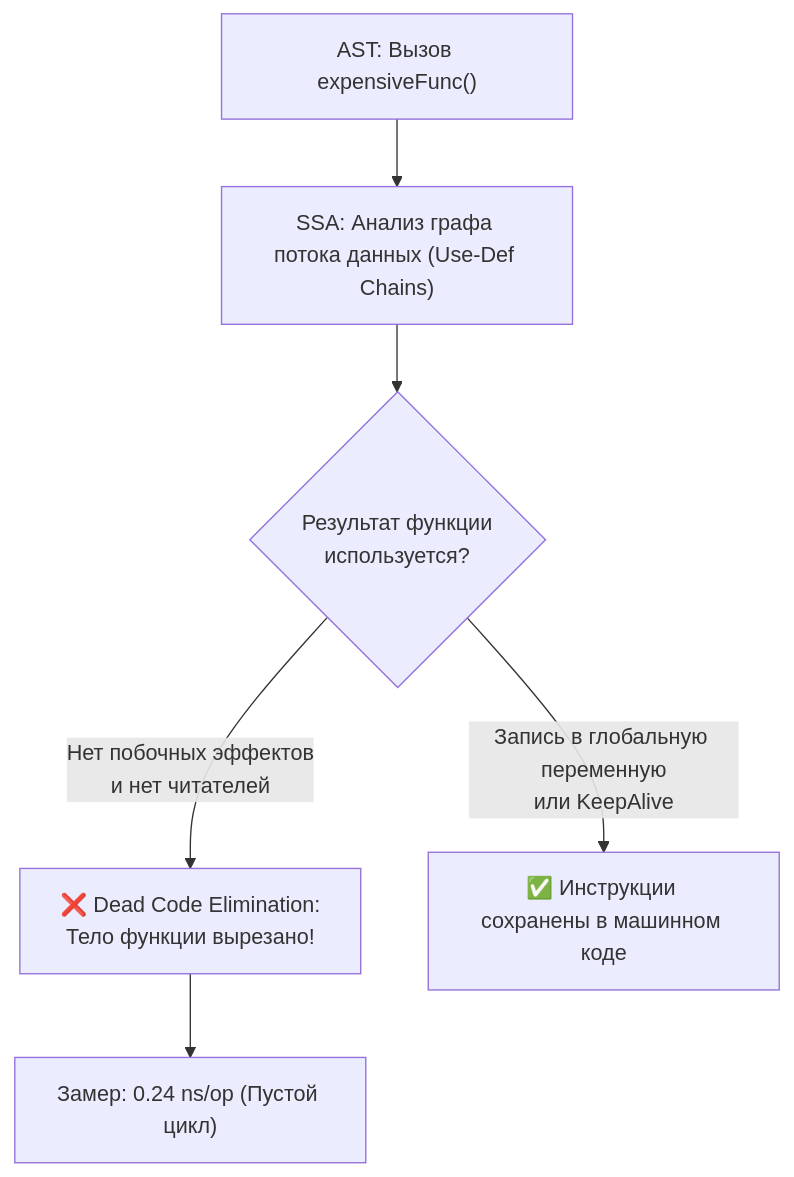
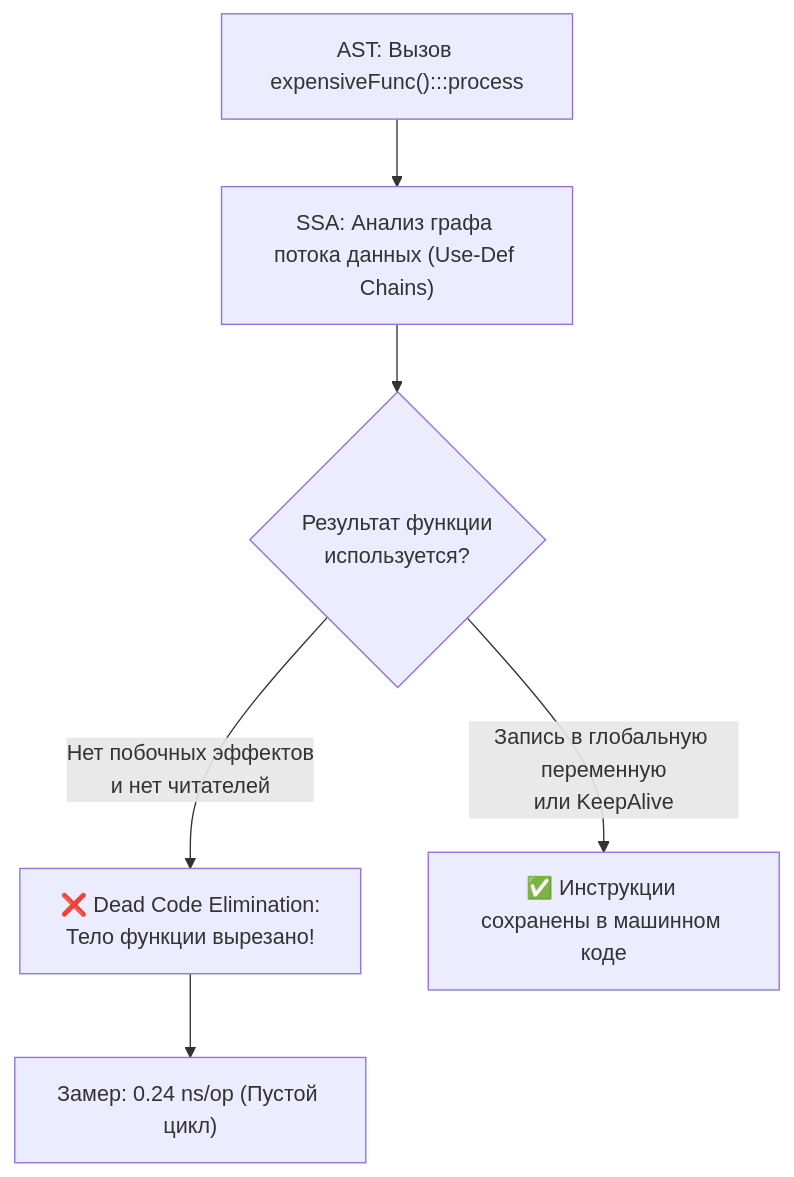
The first of 2 diagrams in sources/16. Профилирование, отладка и производительность/02. Benchmarking/4. Подводные камни benchmark тестов.md (UnrealTemplier/go-textbook), drawn with Mermaid before and after one commit. The commit also changed other lines of this file and 1666 other files, not shown here.

First line of the commit message:
feat(mermaid): add semantic color classDef to 1369 colorless flowchart/graph diagrams

````diff
--- a/sources/16. Профилирование, отладка и производительность/02. Benchmarking/4. Подводные камни benchmark тестов.md
+++ b/sources/16. Профилирование, отладка и производительность/02. Benchmarking/4. Подводные камни benchmark тестов.md
@@ -35,8 +35,18 @@
 ```mermaid
 flowchart TD
-    AST["AST: Вызов expensiveFunc()"] --> SSA["SSA: Анализ графа потока данных (Use-Def Chains)"]
+    classDef process  fill:#1e293b,stroke:#38bdf8,stroke-width:1px,color:#f8fafc
+    classDef success  fill:#064e3b,stroke:#34d399,stroke-width:1px,color:#f8fafc
+    classDef error    fill:#7f1d1d,stroke:#f87171,stroke-width:1px,color:#f8fafc
+    classDef warning  fill:#78350f,stroke:#fbbf24,stroke-width:1px,color:#f8fafc
+    classDef entry    fill:#1e3a5f,stroke:#38bdf8,stroke-width:2px,color:#f8fafc
+    classDef aux      fill:#334155,stroke:#64748b,stroke-width:1px,color:#f8fafc
+    classDef system   fill:#312e81,stroke:#a78bfa,stroke-width:1px,color:#f8fafc
+    classDef data     fill:#132d29,stroke:#2dd4bf,stroke-width:1px,color:#f8fafc
+    classDef network  fill:#881337,stroke:#fb7185,stroke-width:1px,color:#f8fafc
+    classDef accent   fill:#1e1b4b,stroke:#818cf8,stroke-width:1px,color:#f8fafc
+    AST["AST: Вызов expensiveFunc():::process"] --> SSA["SSA: Анализ графа потока данных (Use-Def Chains)"]
     SSA --> Check{"Результат функции<br>используется?"}
     Check -- "Нет побочных эффектов<br>и нет читателей" --> Eliminate["❌ Dead Code Elimination:<br>Тело функции вырезано!"]
     Check -- "Запись в глобальную переменную<br>или KeepAlive" --> Keep["✅ Инструкции сохранены в машинном коде"]
     Eliminate --> Result["Замер: 0.24 ns/op (Пустой цикл)"]
 ```
````
